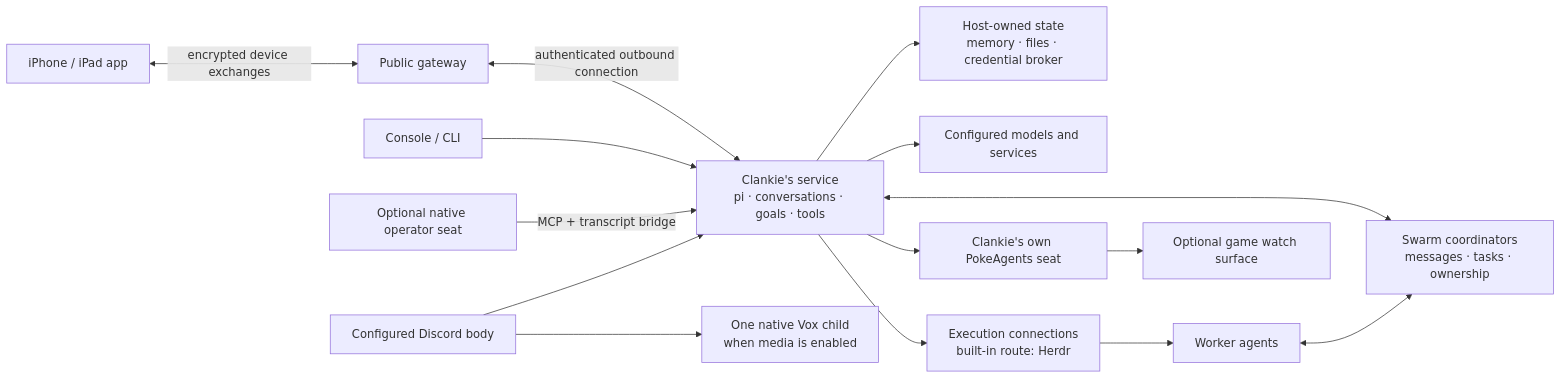
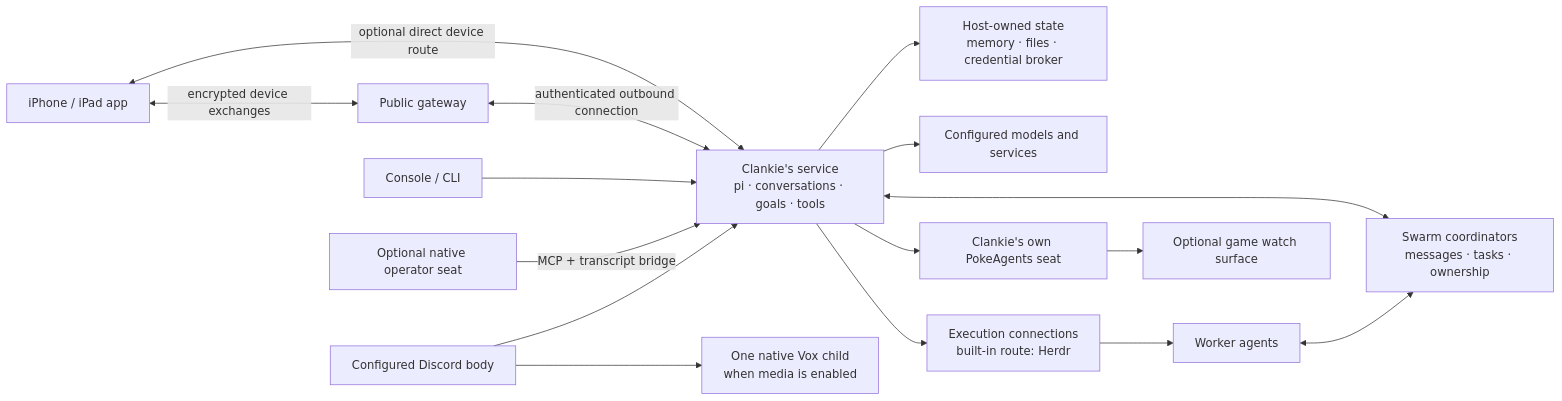
Before and after one commit to Volpestyle/clankie: the diagram in docs/architecture.md, drawn with Mermaid. The commit also changed other lines of this file and 6 other files, not shown here.

````diff
--- a/docs/architecture.md
+++ b/docs/architecture.md
@@ -14,17 +14,18 @@
 ```mermaid
 flowchart LR
   App["iPhone / iPad app"] <-->|"encrypted device exchanges"| Gateway["Public gateway"]
+  App <-->|"optional direct device route"| Service
   Gateway <-->|"authenticated outbound connection"| Service["Clankie's service<br/>pi · conversations · goals · tools"]
   Console["Console / CLI"] --> Service
   Native["Optional native operator seat"] -->|"MCP + transcript bridge"| Service
   Discord["Configured Discord body"] --> Service
   Service --> State["Host-owned state<br/>memory · files · credential broker"]
   Service --> Models["Configured models and services"]
   Service <--> Swarm["Swarm coordinators<br/>messages · tasks · ownership"]
   Service --> Runtime["Execution connections<br/>built-in route: Herdr"]
   Runtime --> Workers["Worker agents"]
   Workers <--> Swarm
   Service --> World["Clankie's own PokeAgents seat"]
   World --> Viewer["Optional game watch surface"]
   Discord --> Vox["One native Vox child<br/>when media is enabled"]
 ```
````
